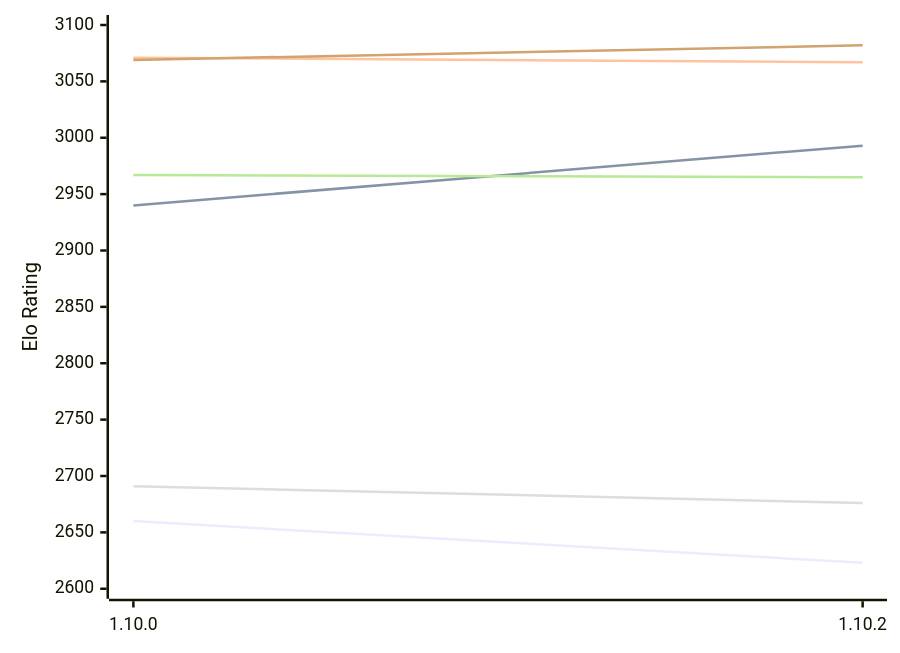
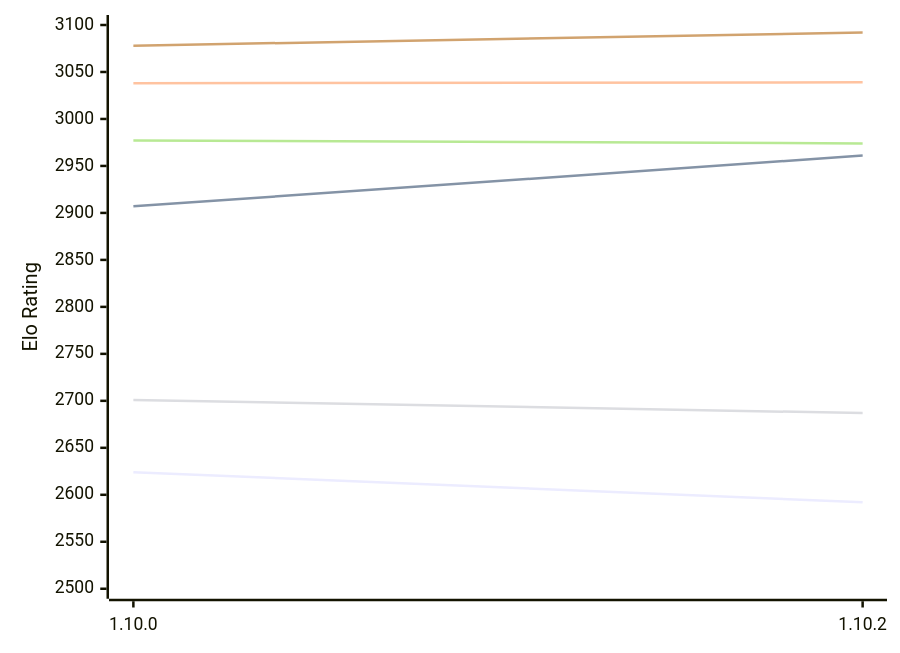
The first of 2 diagrams in engines/Basilisk.md (computer-chess-index/cci), drawn with Mermaid before and after one commit. The commit also changed other lines of this file, not shown here.

Commit message:
Update CCI Ratings (ELO VLTC) - 2026-11-12

````diff
--- a/engines/Basilisk.md
+++ b/engines/Basilisk.md
@@ -61,12 +61,12 @@
 ```mermaid
 %%{init: {"theme":"base","themeVariables":{"seriesColors:['#a3a3a3','#222221','#faa371']}}}%%
 xychart-beta
   x-axis ["1.10.0", "1.10.2"]
-  y-axis "Elo Rating" 2600 --> 3100
-  line "E1: STC (8.0+0.08s)" [2660, 2623]
-  line "E1: LTC (60.0+0.60s)" [2940, 2993]
-  line "E1: VLTC (2m24s+1.12s)" [3071, 3067]
-  line "P1: STC (8.0+0.08s)" [2691, 2676]
-  line "P1: LTC (60.0+0.60s)" [2967, 2965]
-  line "P1: VLTC (2m24s+1.12s)" [3069, 3082]
+  y-axis "Elo Rating" 2500 --> 3100
+  line "E1: STC (8.0+0.08s)" [2624, 2592]
+  line "E1: LTC (60.0+0.60s)" [2907, 2961]
+  line "E1: VLTC (2m24s+1.12s)" [3038, 3039]
+  line "P1: STC (8.0+0.08s)" [2701, 2687]
+  line "P1: LTC (60.0+0.60s)" [2977, 2974]
+  line "P1: VLTC (2m24s+1.12s)" [3078, 3092]
 ```
````
